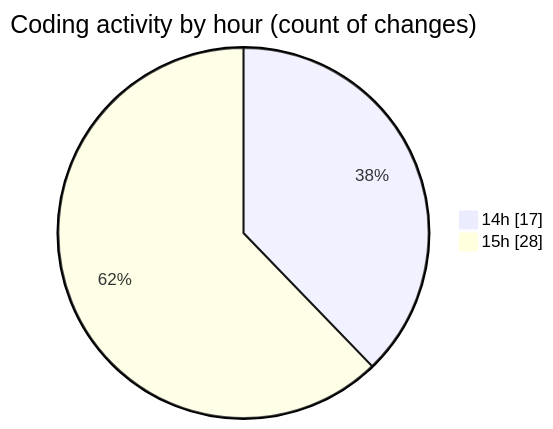
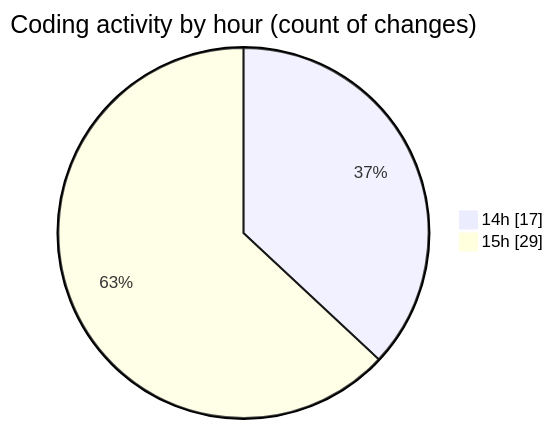
One commit to donsfak/code-tracking changed the second of 2 diagrams in 2025-04-10/trackers_app/README.md. Above: the diagram before and after it, drawn with Mermaid. The commit also changed other lines of this file and 1 other file, not shown here.

````diff
--- a/2025-04-10/trackers_app/README.md
+++ b/2025-04-10/trackers_app/README.md
@@ -42,6 +42,6 @@
 ```mermaid
 pie showData
 title Coding activity by hour (count of changes)
 "14h" : 17
-"15h" : 28
+"15h" : 29
 ```
````
